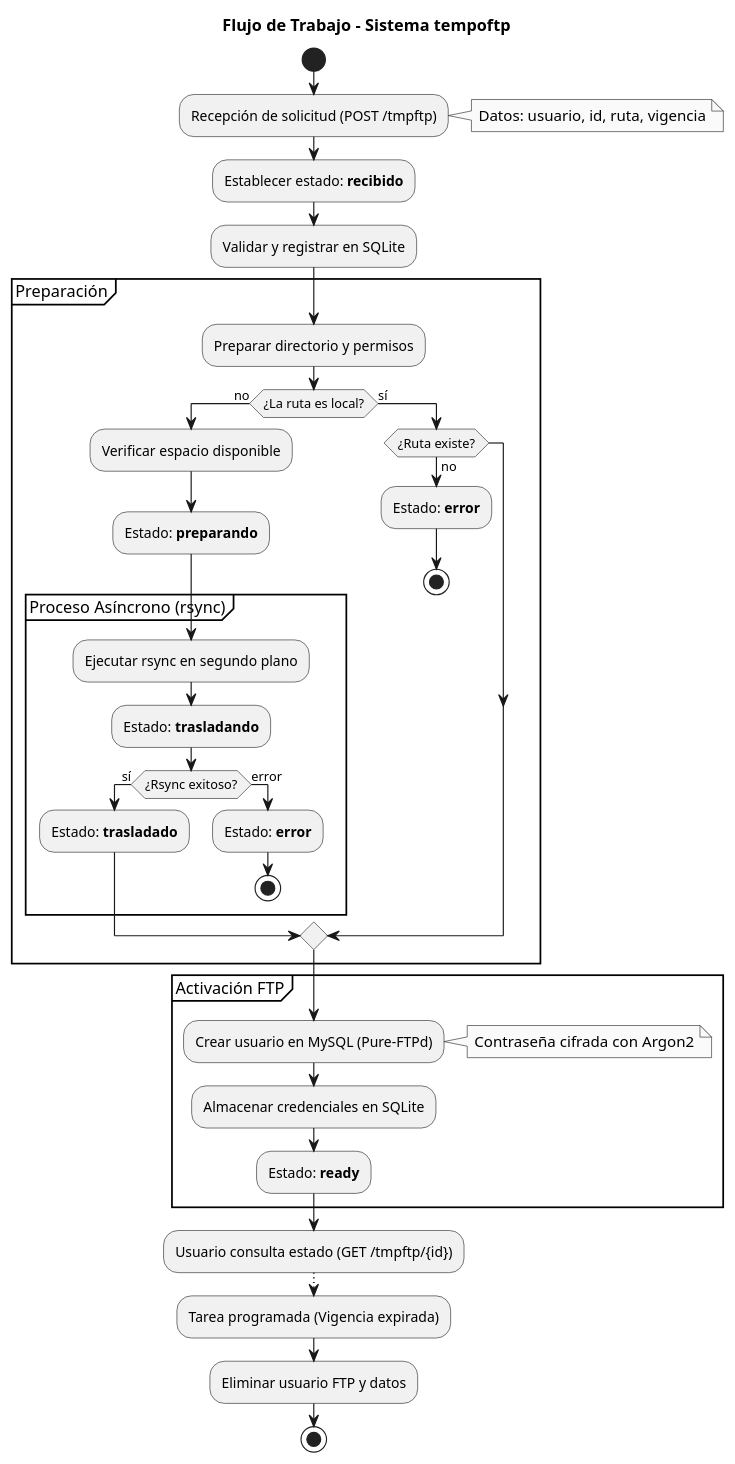
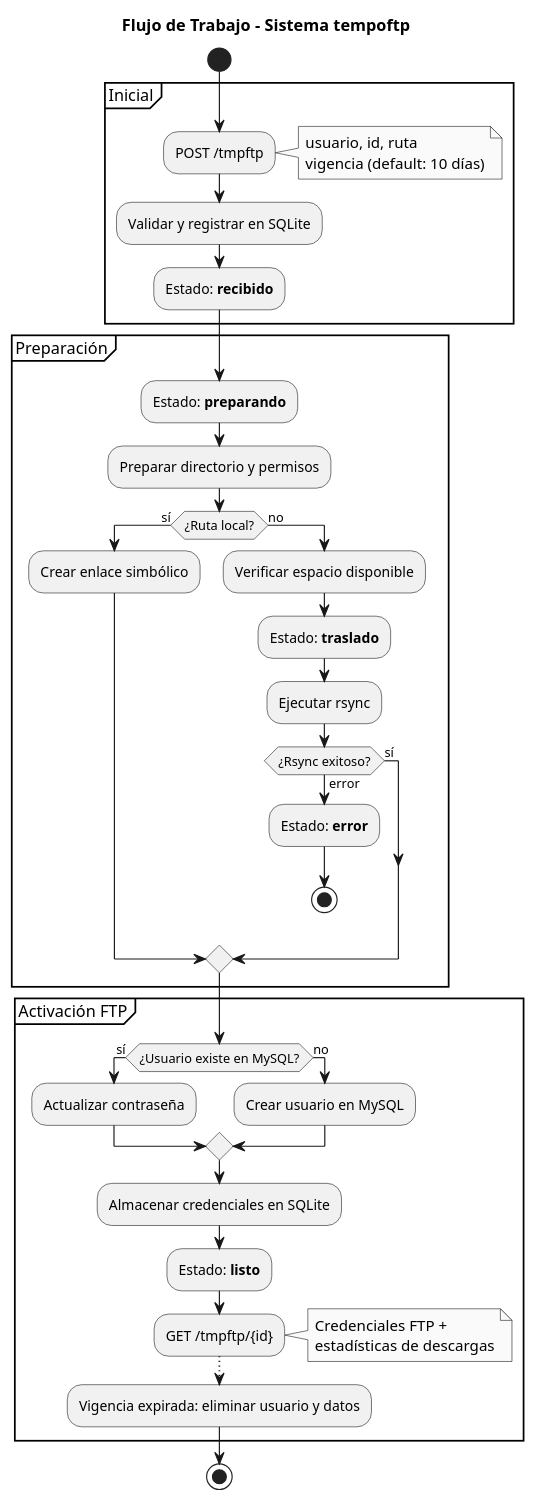
One commit to asierra/tempoftp changed the diagram in flujo.puml. Above: the diagram before and after it, drawn with PlantUML. The commit also changed 3 other files, not shown here.

Commit message:
Diagrama y vigencia

```diff
--- a/flujo.puml
+++ b/flujo.puml
@@ -1,55 +1,54 @@
 @startuml
 skinparam Monochrome true
 skinparam shadowing false
 
 title Flujo de Trabajo - Sistema tempoftp
 
 start
 
-:Recepción de solicitud (POST /tmpftp);
-note right
-  Datos: usuario, id, ruta, vigencia
-end note
-
-:Establecer estado: **recibido**;
-:Validar y registrar en SQLite;
+partition "Inicial" {
+    :POST /tmpftp;
+    note right
+      usuario, id, ruta
+      vigencia (default: 10 días)
+    end note
+    :Validar y registrar en SQLite;
+    :Estado: **recibido**;
+}
 
 partition "Preparación" {
+    :Estado: **preparando**;
     :Preparar directorio y permisos;
-    if (¿La ruta es local?) then (no)
+    if (¿Ruta local?) then (sí)
+        :Crear enlace simbólico;
+    else (no)
         :Verificar espacio disponible;
-        :Estado: **preparando**;
-        
-        partition "Proceso Asíncrono (rsync)" {
-            :Ejecutar rsync en segundo plano;
-            :Estado: **trasladando**;
-            if (¿Rsync exitoso?) then (sí)
-                :Estado: **trasladado**;
-            else (error)
-                :Estado: **error**;
-                stop
-            endif
-        }
-    else (sí)
-        if (¿Ruta existe?) then (no)
+        :Estado: **traslado**;
+        :Ejecutar rsync;
+        if (¿Rsync exitoso?) then (sí)
+        else (error)
             :Estado: **error**;
             stop
         endif
     endif
 }
 
 partition "Activación FTP" {
-    :Crear usuario en MySQL (Pure-FTPd);
-    note right: Contraseña cifrada con Argon2
+    if (¿Usuario existe en MySQL?) then (sí)
+        :Actualizar contraseña;
+    else (no)
+        :Crear usuario en MySQL;
+    endif
     :Almacenar credenciales en SQLite;
-    :Estado: **ready**;
+    :Estado: **listo**;
+    :GET /tmpftp/{id};
+    note right
+      Credenciales FTP +
+      estadísticas de descargas
+    end note
+    -[dotted]->
+    :Vigencia expirada: eliminar usuario y datos;
 }
-
-:Usuario consulta estado (GET /tmpftp/{id});
-
--[dotted]->
-:Tarea programada (Vigencia expirada);
-:Eliminar usuario FTP y datos;
 
 stop
 @enduml
```
